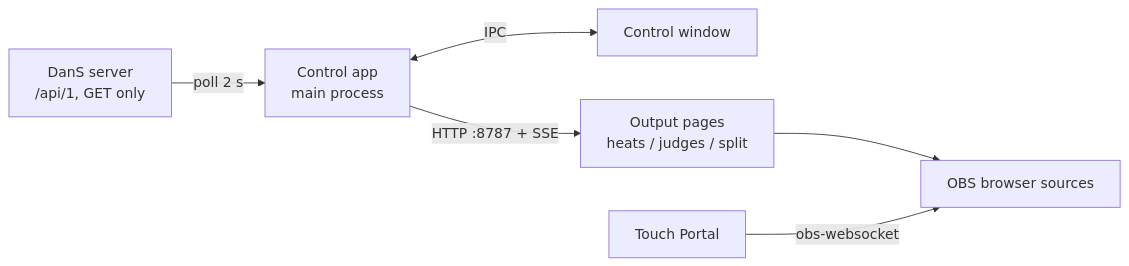
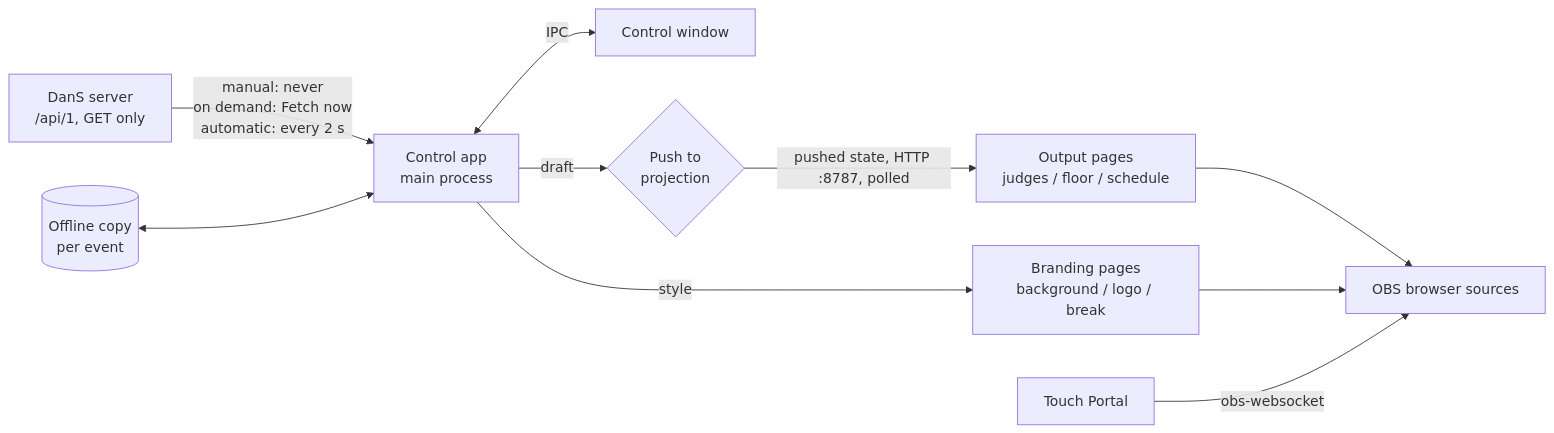
The diagram in SPEC.md (CubeBender/dance-projector), drawn with Mermaid before and after one commit. The commit also changed other lines of this file and 31 other files, not shown here.

First line of the commit message:
Add data modes, judge panels, push to projection and per-event styles

````diff
--- a/SPEC.md
+++ b/SPEC.md
@@ -16,8 +16,12 @@
 ```mermaid
 flowchart LR
-  D[DanS server<br>/api/1, GET only] -->|poll 2 s| M[Control app<br>main process]
+  D[DanS server<br>/api/1, GET only] -->|manual: never<br>on demand: Fetch now<br>automatic: every 2 s| M[Control app<br>main process]
+  C[(Offline copy<br>per event)] <--> M
   M <-->|IPC| R[Control window]
-  M -->|HTTP :8787 + SSE| O[Output pages<br>heats / judges / split]
+  M -->|draft| P{Push to<br>projection}
+  P -->|pushed state, HTTP :8787, polled| O[Output pages<br>judges / floor / schedule]
   O --> B[OBS browser sources]
+  M -->|style| K[Branding pages<br>background / logo / break]
+  K --> B
   T[Touch Portal] -->|obs-websocket| B
 ```
````
